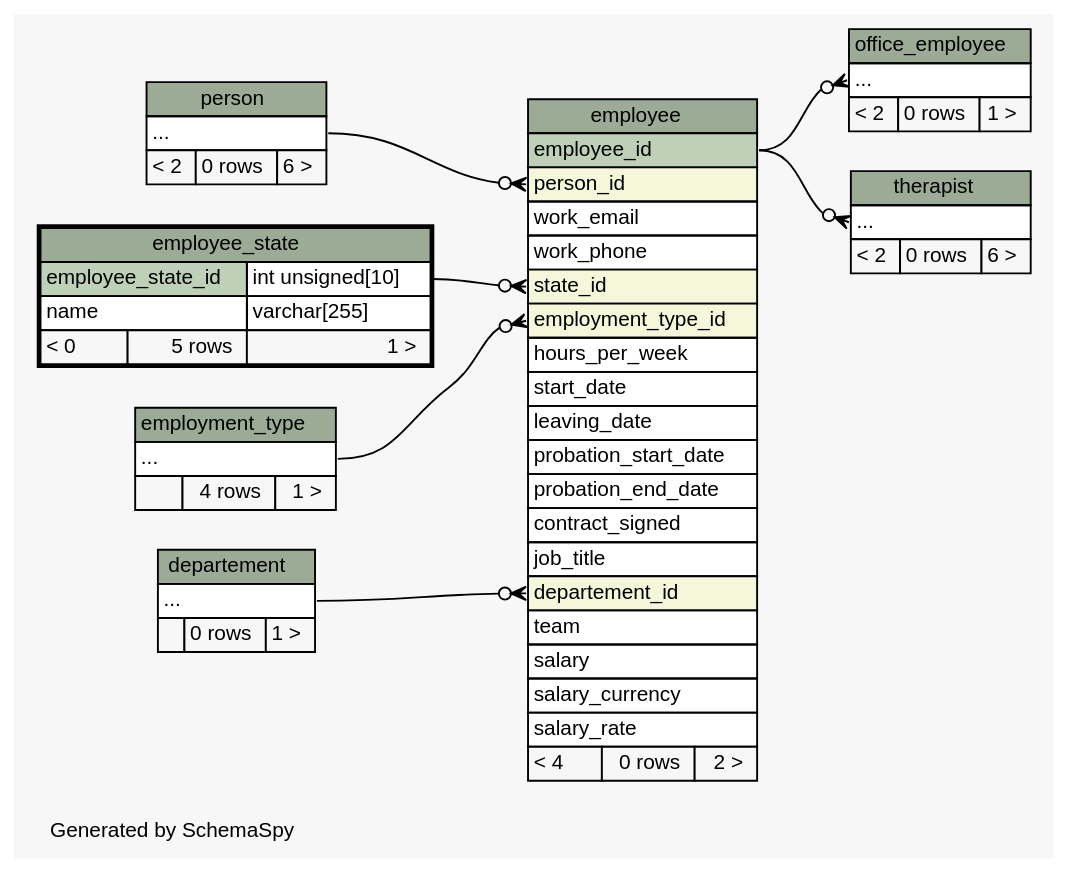
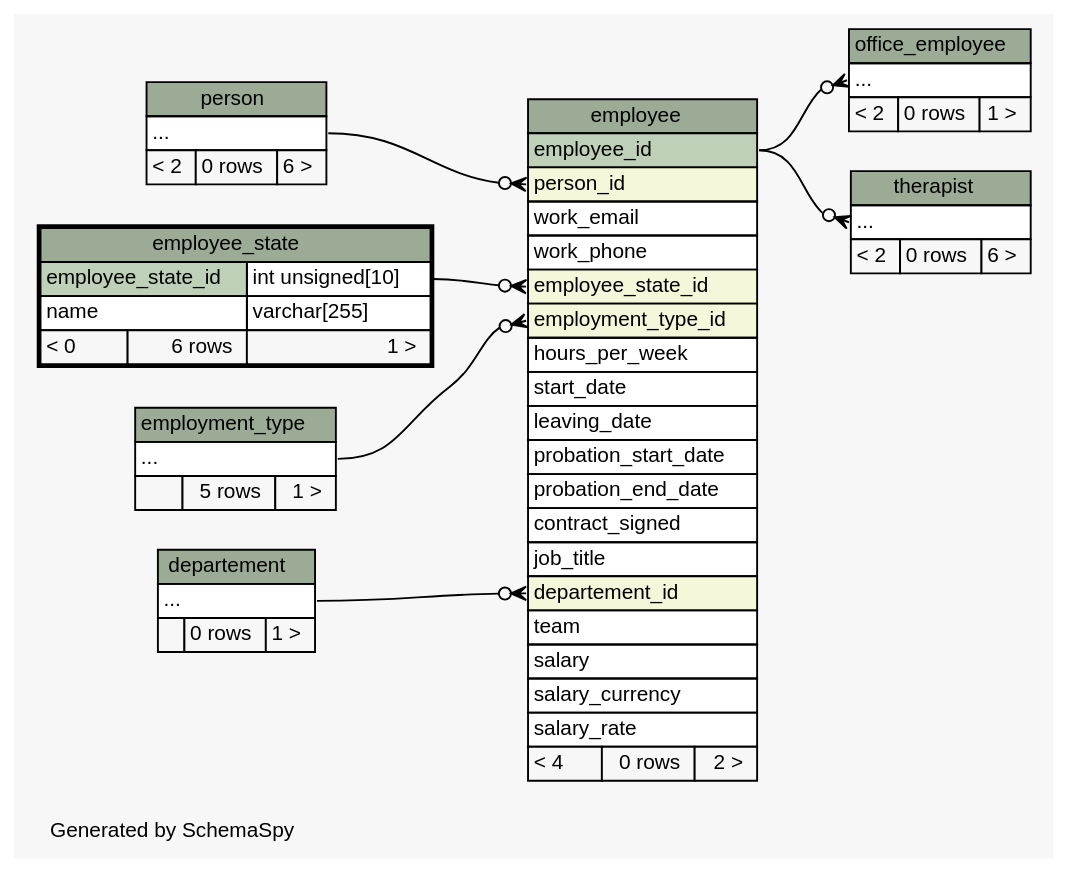
Before and after one commit to KaiBMP/KaiBMP.github.io: the diagram in diagrams/employee_state.2degrees.dot, drawn with Graphviz. The commit also changed 87 other files, not shown here.

Commit message:
schemaspy update

```diff
--- a/diagrams/employee_state.2degrees.dot
+++ b/diagrams/employee_state.2degrees.dot
@@ -1,116 +1,116 @@
 // dot 2.40.1 on Linux 5.3.0-28-generic
 // SchemaSpy rev 590
 digraph "twoDegreesRelationshipsDiagram" {
   graph [
     rankdir="RL"
     bgcolor="#f7f7f7"
     label="\nGenerated by SchemaSpy"
     labeljust="l"
     nodesep="0.18"
     ranksep="0.46"
     fontname="Helvetica"
     fontsize="11"
   ];
   node [
     fontname="Helvetica"
     fontsize="11"
     shape="plaintext"
   ];
   edge [
     arrowsize="0.8"
   ];
   "employee":"departement_id":w -> "departement":"elipses":e [arrowhead=none dir=back arrowtail=crowodot];
+  "employee":"employee_state_id":w -> "employee_state":"employee_state_id.type":e [arrowhead=none dir=back arrowtail=crowodot];
   "employee":"employment_type_id":w -> "employment_type":"elipses":e [arrowhead=none dir=back arrowtail=crowodot];
   "employee":"person_id":w -> "person":"elipses":e [arrowhead=none dir=back arrowtail=crowodot];
-  "employee":"state_id":w -> "employee_state":"employee_state_id.type":e [arrowhead=none dir=back arrowtail=crowodot];
   "office_employee":"elipses":w -> "employee":"employee_id":e [arrowhead=none dir=back arrowtail=crowodot];
   "therapist":"elipses":w -> "employee":"employee_id":e [arrowhead=none dir=back arrowtail=crowodot];
   "departement" [
     label=<
     <TABLE BORDER="0" CELLBORDER="1" CELLSPACING="0" BGCOLOR="#ffffff">
       <TR><TD COLSPAN="3" BGCOLOR="#9bab96" ALIGN="CENTER">departement</TD></TR>
       <TR><TD PORT="elipses" COLSPAN="3" ALIGN="LEFT">...</TD></TR>
       <TR><TD ALIGN="LEFT" BGCOLOR="#f7f7f7">  </TD><TD ALIGN="RIGHT" BGCOLOR="#f7f7f7">0 rows</TD><TD ALIGN="RIGHT" BGCOLOR="#f7f7f7">1 &gt;</TD></TR>
     </TABLE>>
     URL="departement.html"
     tooltip="departement"
   ];
   "employee" [
     label=<
     <TABLE BORDER="0" CELLBORDER="1" CELLSPACING="0" BGCOLOR="#ffffff">
       <TR><TD COLSPAN="3" BGCOLOR="#9bab96" ALIGN="CENTER">employee</TD></TR>
       <TR><TD PORT="employee_id" COLSPAN="3" BGCOLOR="#bed1b8" ALIGN="LEFT">employee_id</TD></TR>
       <TR><TD PORT="person_id" COLSPAN="3" BGCOLOR="#f4f7da" ALIGN="LEFT">person_id</TD></TR>
       <TR><TD PORT="work_email" COLSPAN="3" ALIGN="LEFT">work_email</TD></TR>
       <TR><TD PORT="work_phone" COLSPAN="3" ALIGN="LEFT">work_phone</TD></TR>
-      <TR><TD PORT="state_id" COLSPAN="3" BGCOLOR="#f4f7da" ALIGN="LEFT">state_id</TD></TR>
+      <TR><TD PORT="employee_state_id" COLSPAN="3" BGCOLOR="#f4f7da" ALIGN="LEFT">employee_state_id</TD></TR>
       <TR><TD PORT="employment_type_id" COLSPAN="3" BGCOLOR="#f4f7da" ALIGN="LEFT">employment_type_id</TD></TR>
       <TR><TD PORT="hours_per_week" COLSPAN="3" ALIGN="LEFT">hours_per_week</TD></TR>
       <TR><TD PORT="start_date" COLSPAN="3" ALIGN="LEFT">start_date</TD></TR>
       <TR><TD PORT="leaving_date" COLSPAN="3" ALIGN="LEFT">leaving_date</TD></TR>
       <TR><TD PORT="probation_start_date" COLSPAN="3" ALIGN="LEFT">probation_start_date</TD></TR>
       <TR><TD PORT="probation_end_date" COLSPAN="3" ALIGN="LEFT">probation_end_date</TD></TR>
       <TR><TD PORT="contract_signed" COLSPAN="3" ALIGN="LEFT">contract_signed</TD></TR>
       <TR><TD PORT="job_title" COLSPAN="3" ALIGN="LEFT">job_title</TD></TR>
       <TR><TD PORT="departement_id" COLSPAN="3" BGCOLOR="#f4f7da" ALIGN="LEFT">departement_id</TD></TR>
       <TR><TD PORT="team" COLSPAN="3" ALIGN="LEFT">team</TD></TR>
       <TR><TD PORT="salary" COLSPAN="3" ALIGN="LEFT">salary</TD></TR>
       <TR><TD PORT="salary_currency" COLSPAN="3" ALIGN="LEFT">salary_currency</TD></TR>
       <TR><TD PORT="salary_rate" COLSPAN="3" ALIGN="LEFT">salary_rate</TD></TR>
       <TR><TD ALIGN="LEFT" BGCOLOR="#f7f7f7">&lt; 4</TD><TD ALIGN="RIGHT" BGCOLOR="#f7f7f7">0 rows</TD><TD ALIGN="RIGHT" BGCOLOR="#f7f7f7">2 &gt;</TD></TR>
     </TABLE>>
     URL="employee.html"
     tooltip="employee"
   ];
   "employee_state" [
     label=<
     <TABLE BORDER="2" CELLBORDER="1" CELLSPACING="0" BGCOLOR="#ffffff">
       <TR><TD COLSPAN="3" BGCOLOR="#9bab96" ALIGN="CENTER">employee_state</TD></TR>
       <TR><TD PORT="employee_state_id" COLSPAN="2" BGCOLOR="#bed1b8" ALIGN="LEFT">employee_state_id</TD><TD PORT="employee_state_id.type" ALIGN="LEFT">int unsigned[10]</TD></TR>
       <TR><TD PORT="name" COLSPAN="2" ALIGN="LEFT">name</TD><TD PORT="name.type" ALIGN="LEFT">varchar[255]</TD></TR>
-      <TR><TD ALIGN="LEFT" BGCOLOR="#f7f7f7">&lt; 0</TD><TD ALIGN="RIGHT" BGCOLOR="#f7f7f7">5 rows</TD><TD ALIGN="RIGHT" BGCOLOR="#f7f7f7">1 &gt;</TD></TR>
+      <TR><TD ALIGN="LEFT" BGCOLOR="#f7f7f7">&lt; 0</TD><TD ALIGN="RIGHT" BGCOLOR="#f7f7f7">6 rows</TD><TD ALIGN="RIGHT" BGCOLOR="#f7f7f7">1 &gt;</TD></TR>
     </TABLE>>
     URL="employee_state.html"
     tooltip="employee_state"
   ];
   "employment_type" [
     label=<
     <TABLE BORDER="0" CELLBORDER="1" CELLSPACING="0" BGCOLOR="#ffffff">
       <TR><TD COLSPAN="3" BGCOLOR="#9bab96" ALIGN="CENTER">employment_type</TD></TR>
       <TR><TD PORT="elipses" COLSPAN="3" ALIGN="LEFT">...</TD></TR>
-      <TR><TD ALIGN="LEFT" BGCOLOR="#f7f7f7">  </TD><TD ALIGN="RIGHT" BGCOLOR="#f7f7f7">4 rows</TD><TD ALIGN="RIGHT" BGCOLOR="#f7f7f7">1 &gt;</TD></TR>
+      <TR><TD ALIGN="LEFT" BGCOLOR="#f7f7f7">  </TD><TD ALIGN="RIGHT" BGCOLOR="#f7f7f7">5 rows</TD><TD ALIGN="RIGHT" BGCOLOR="#f7f7f7">1 &gt;</TD></TR>
     </TABLE>>
     URL="employment_type.html"
     tooltip="employment_type"
   ];
   "office_employee" [
     label=<
     <TABLE BORDER="0" CELLBORDER="1" CELLSPACING="0" BGCOLOR="#ffffff">
       <TR><TD COLSPAN="3" BGCOLOR="#9bab96" ALIGN="CENTER">office_employee</TD></TR>
       <TR><TD PORT="elipses" COLSPAN="3" ALIGN="LEFT">...</TD></TR>
       <TR><TD ALIGN="LEFT" BGCOLOR="#f7f7f7">&lt; 2</TD><TD ALIGN="RIGHT" BGCOLOR="#f7f7f7">0 rows</TD><TD ALIGN="RIGHT" BGCOLOR="#f7f7f7">1 &gt;</TD></TR>
     </TABLE>>
     URL="office_employee.html"
     tooltip="office_employee"
   ];
   "person" [
     label=<
     <TABLE BORDER="0" CELLBORDER="1" CELLSPACING="0" BGCOLOR="#ffffff">
       <TR><TD COLSPAN="3" BGCOLOR="#9bab96" ALIGN="CENTER">person</TD></TR>
       <TR><TD PORT="elipses" COLSPAN="3" ALIGN="LEFT">...</TD></TR>
       <TR><TD ALIGN="LEFT" BGCOLOR="#f7f7f7">&lt; 2</TD><TD ALIGN="RIGHT" BGCOLOR="#f7f7f7">0 rows</TD><TD ALIGN="RIGHT" BGCOLOR="#f7f7f7">6 &gt;</TD></TR>
     </TABLE>>
     URL="person.html"
     tooltip="person"
   ];
   "therapist" [
     label=<
     <TABLE BORDER="0" CELLBORDER="1" CELLSPACING="0" BGCOLOR="#ffffff">
       <TR><TD COLSPAN="3" BGCOLOR="#9bab96" ALIGN="CENTER">therapist</TD></TR>
       <TR><TD PORT="elipses" COLSPAN="3" ALIGN="LEFT">...</TD></TR>
       <TR><TD ALIGN="LEFT" BGCOLOR="#f7f7f7">&lt; 2</TD><TD ALIGN="RIGHT" BGCOLOR="#f7f7f7">0 rows</TD><TD ALIGN="RIGHT" BGCOLOR="#f7f7f7">6 &gt;</TD></TR>
     </TABLE>>
     URL="therapist.html"
     tooltip="therapist"
   ];
 }
```
